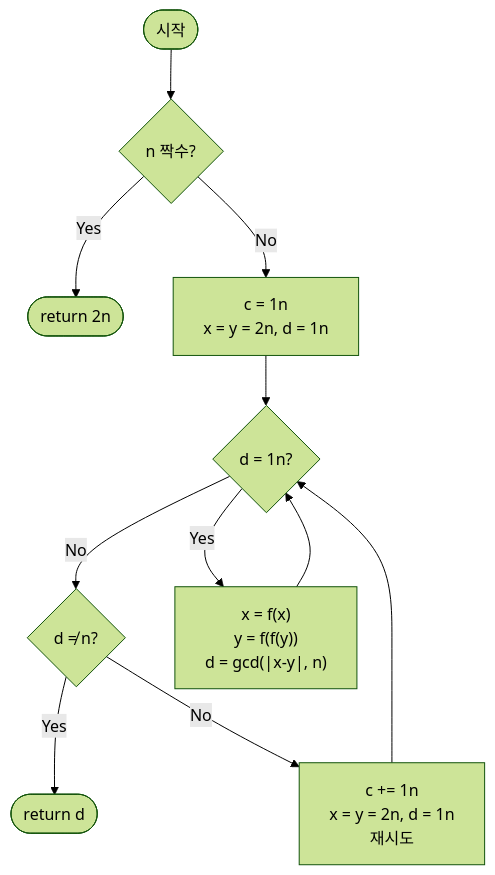
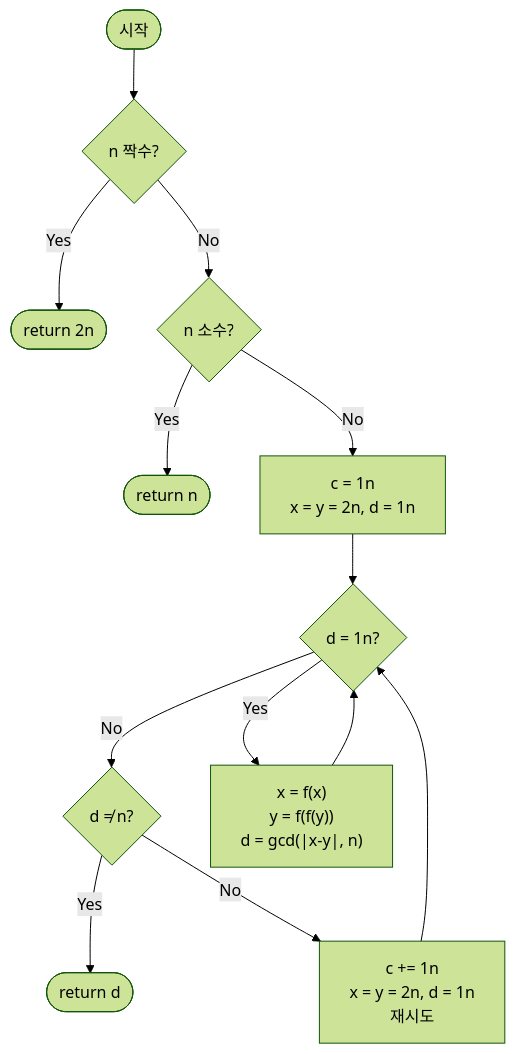
Before and after one commit to centurio1987/grow-up-programming: the diagram in src/algorithms/number-theory/pollardRho/pollardRho-guide.mdx, drawn with Mermaid (forest theme). The commit also changed other lines of this file and 23 other files, not shown here.

````diff
--- a/src/algorithms/number-theory/pollardRho/pollardRho-guide.mdx
+++ b/src/algorithms/number-theory/pollardRho/pollardRho-guide.mdx
@@ -197,13 +405,15 @@
 ```mermaid
 flowchart TD
-    A([시작]) --> B{n 짝수?}
-    B -- Yes --> C([return 2n])
-    B -- No  --> D["c = 1n\nx = y = 2n, d = 1n"]
-    D --> E{d = 1n?}
-    E -- No  --> F{d ≠ n?}
-    F -- Yes --> G([return d])
-    F -- No  --> H["c += 1n\nx = y = 2n, d = 1n\n재시도"]
+    A([시작]) --> B{"n 짝수?"}
+    B -- Yes --> C(["return 2n"])
+    B -- No --> Z{"n 소수?"}
+    Z -- Yes --> Y(["return n"])
+    Z -- No --> D["c = 1n<br/>x = y = 2n, d = 1n"]
+    D --> E{"d = 1n?"}
+    E -- No --> F{"d ≠ n?"}
+    F -- Yes --> G(["return d"])
+    F -- No --> H["c += 1n<br/>x = y = 2n, d = 1n<br/>재시도"]
     H --> E
-    E -- Yes --> I["x = f(x)\ny = f(f(y))\nd = gcd(|x-y|, n)"]
+    E -- Yes --> I["x = f(x)<br/>y = f(f(y))<br/>d = gcd(|x-y|, n)"]
     I --> E
 ```
````
